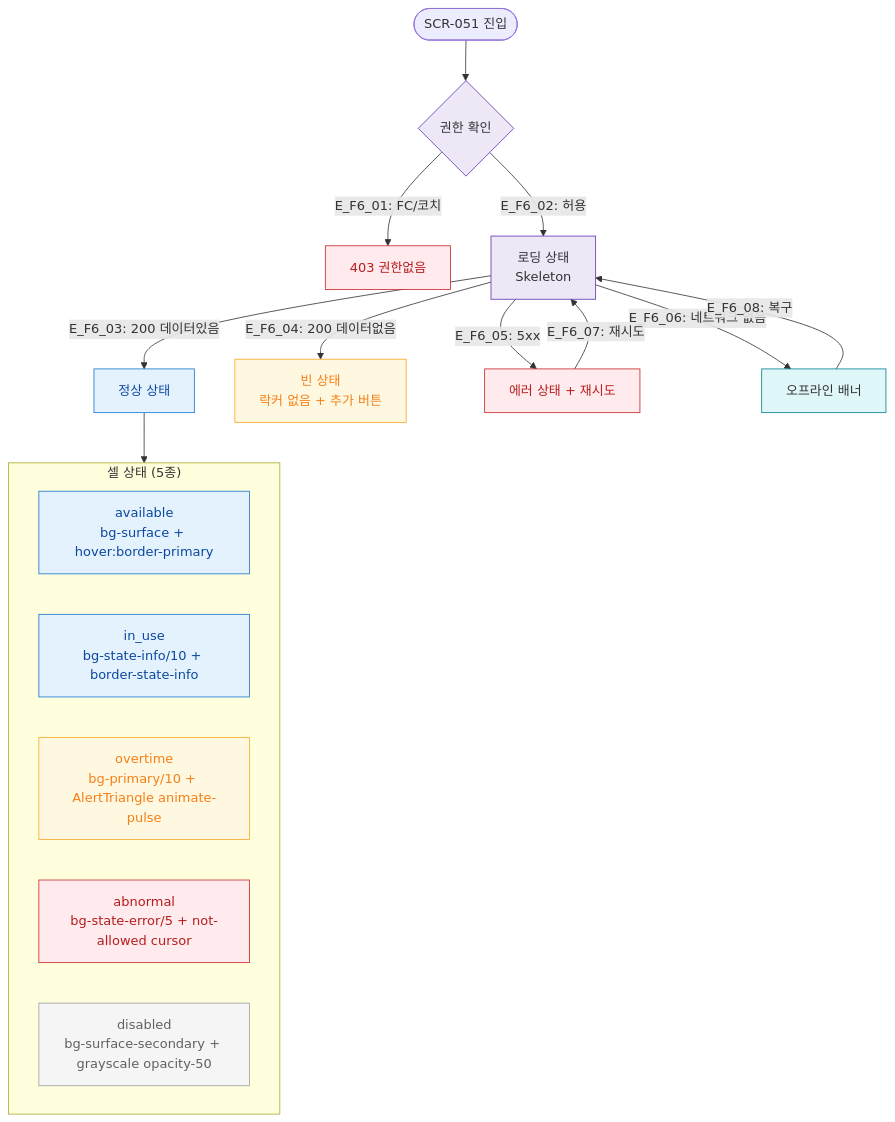
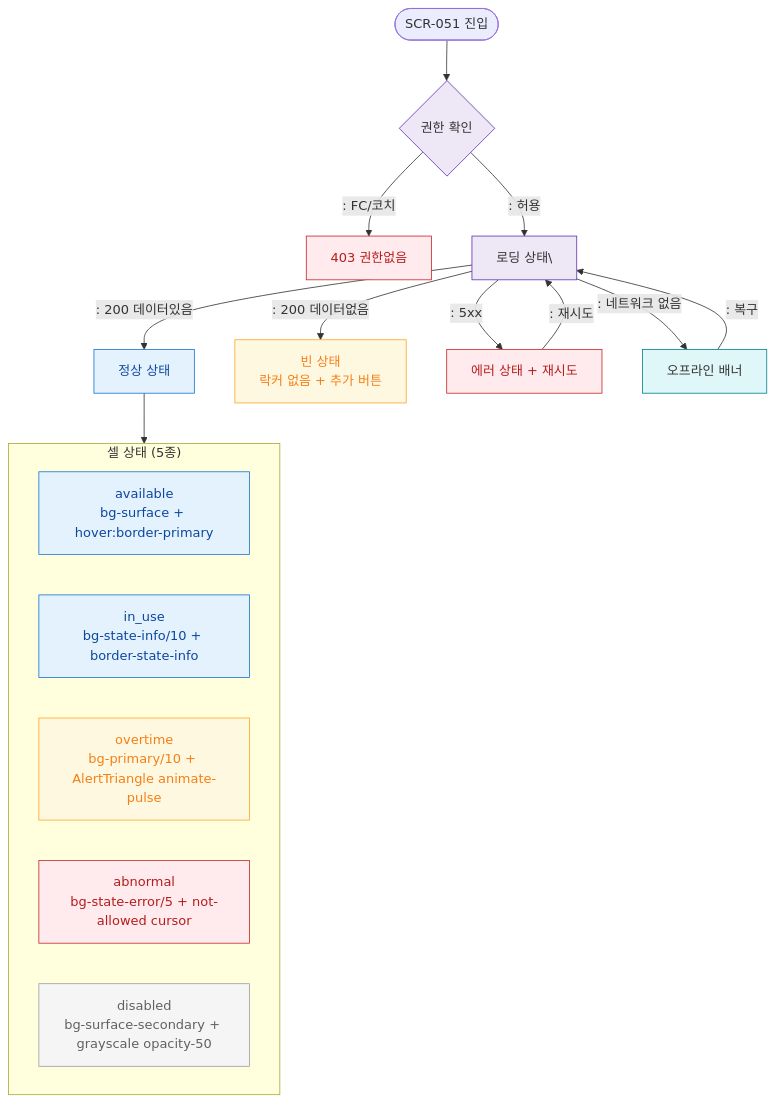
The diagram in docs/다이어그램/D06_시설관리/SCR-051_사물함배정관리/F6_상태별.md (dev-spogym/admin-pando), drawn with Mermaid before and after one commit. The commit also changed other lines of this file and 1660 other files, not shown here.

First line of the commit message:
다이어그램: 기획자/클라이언트 납품본으로 정리

````diff
--- a/docs/다이어그램/D06_시설관리/SCR-051_사물함배정관리/F6_상태별.md
+++ b/docs/다이어그램/D06_시설관리/SCR-051_사물함배정관리/F6_상태별.md
@@ -19,38 +17,38 @@
 ```mermaid
 flowchart TD
     Entry([SCR-051 진입]) --> Auth{권한 확인}
-    Auth -->|"E_F6_01: FC/코치"| Blocked[403 권한없음]
-    Auth -->|"E_F6_02: 허용"| Loading[로딩 상태\nSkeleton]
+    Auth -->|": FC/코치"|Blocked[403 권한없음]
+    Auth -->|": 허용"|Loading[로딩 상태\]
 
-    Loading -->|"E_F6_03: 200 데이터있음"| Normal[정상 상태]
-    Loading -->|"E_F6_04: 200 데이터없음"| Empty[빈 상태\n락커 없음 + 추가 버튼]
-    Loading -->|"E_F6_05: 5xx"| ErrorState[에러 상태 + 재시도]
-    Loading -->|"E_F6_06: 네트워크 없음"| Offline[오프라인 배너]
+    Loading -->|": 200 데이터있음"|Normal[정상 상태]
+    Loading -->|": 200 데이터없음"|Empty[빈 상태\n락커 없음 + 추가 버튼]
+    Loading -->|": 5xx"|ErrorState[에러 상태 + 재시도]
+    Loading -->|": 네트워크 없음"|Offline[오프라인 배너]
 
-    ErrorState -->|"E_F6_07: 재시도"| Loading
-    Offline -->|"E_F6_08: 복구"| Loading
+    ErrorState -->|": 재시도"|Loading
+    Offline -->|": 복구"|Loading
 
     subgraph CellStates["셀 상태 (5종)"]
         CS1[available\nbg-surface + hover:border-primary]
         CS2[in_use\nbg-state-info/10 + border-state-info]
         CS3[overtime\nbg-primary/10 + AlertTriangle animate-pulse]
         CS4[abnormal\nbg-state-error/5 + not-allowed cursor]
         CS5[disabled\nbg-surface-secondary + grayscale opacity-50]
     end
 
     Normal --> CellStates
 
     classDef screen fill:#E3F2FD,stroke:#1976D2,color:#0D47A1
     classDef error fill:#FFEBEE,stroke:#C62828,color:#B71C1C
     classDef warning fill:#FFF8E1,stroke:#F9A825,color:#F57F17
     classDef system fill:#EDE7F6,stroke:#5E35B2
     classDef rbacBlocked fill:#F5F5F5,stroke:#9E9E9E,color:#616161
     classDef info fill:#E0F7FA,stroke:#00838F
 
     class Normal,CS1,CS2 screen
     class Blocked,ErrorState,CS4 error
     class CS3,Empty warning
     class CS5 rbacBlocked
     class Loading,Auth system
     class Offline info
 ```
````
